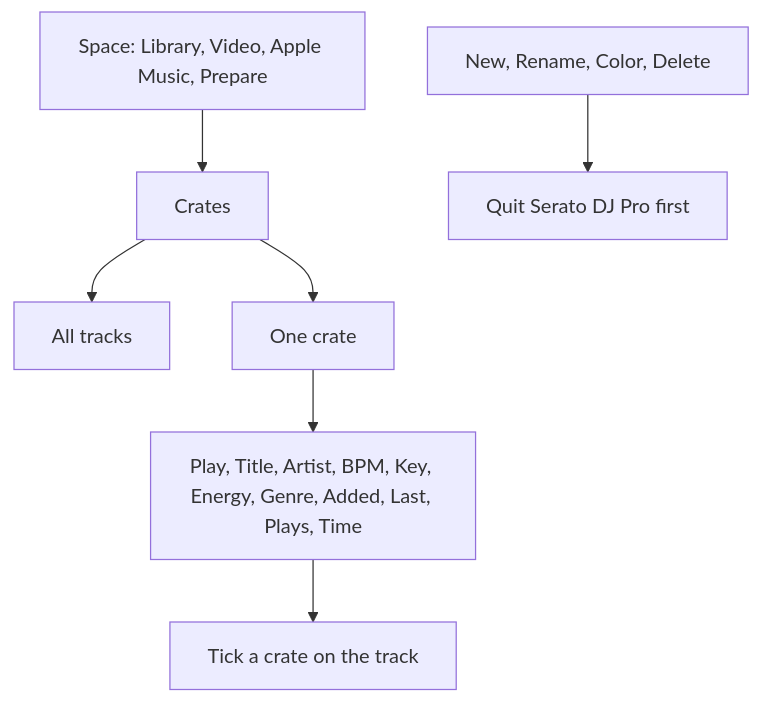
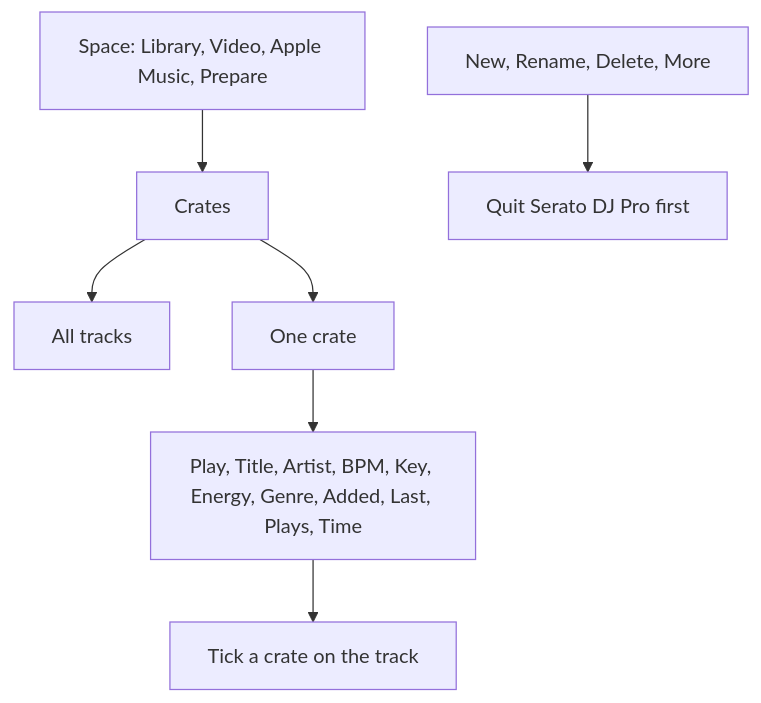
Before and after one commit to mookiejones/crateCraft: the diagram in docs/wiki/Crates.md, drawn with Mermaid. The commit also changed other lines of this file and 24 other files, not shown here.

````diff
--- a/docs/wiki/Crates.md
+++ b/docs/wiki/Crates.md
@@ -10,9 +10,9 @@
 ```mermaid
 flowchart TD
   space["Space: Library, Video, Apple Music, Prepare"] --> crates["Crates"]
   crates --> all["All tracks"]
   crates --> one["One crate"]
   one --> tracks["Play, Title, Artist, BPM, Key, Energy, Genre, Added, Last, Plays, Time"]
   tracks --> tick["Tick a crate on the track"]
-  tools["New, Rename, Color, Delete"] --> quit["Quit Serato DJ Pro first"]
+  tools["New, Rename, Delete, More"] --> quit["Quit Serato DJ Pro first"]
 ```
````
